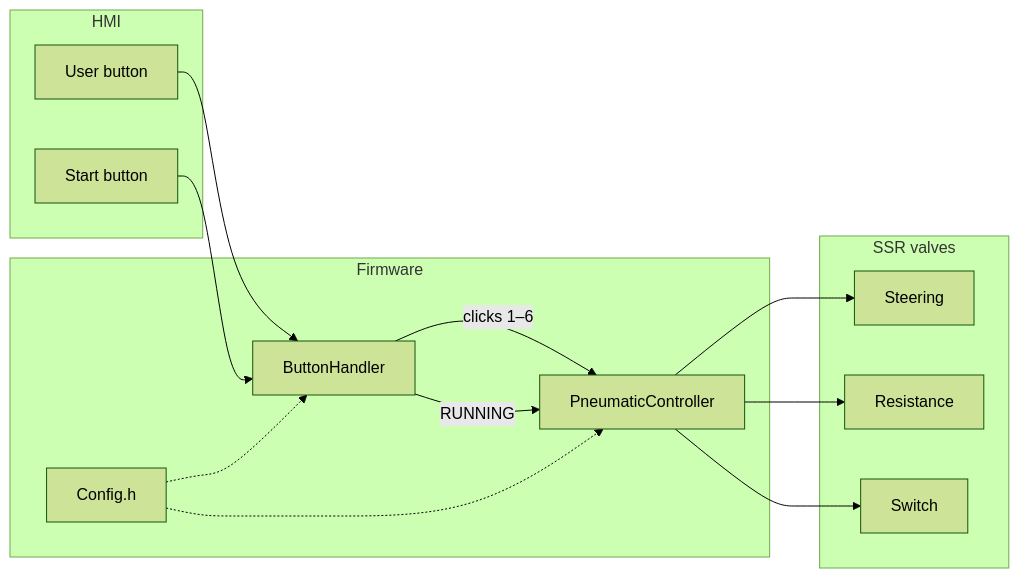
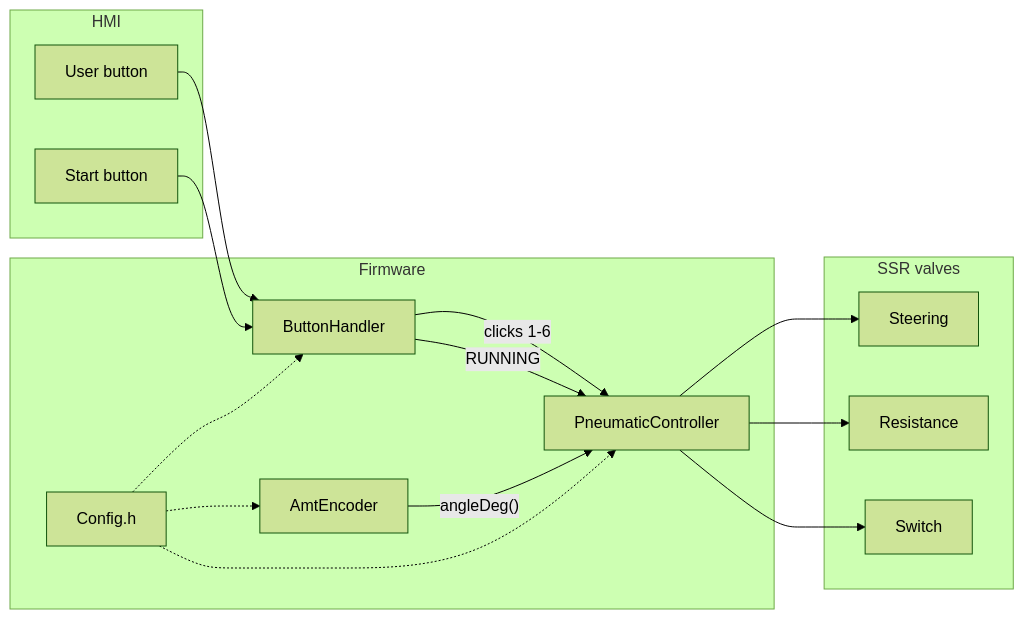
Before and after one commit to lucaterraneo/SteeringTest: the first of 3 diagrams in README.md, drawn with Mermaid (forest theme). The commit also changed other lines of this file, not shown here.

First line of the commit message:
Rewrite README to match current firmware architecture

````diff
--- a/README.md
+++ b/README.md
@@ -49,29 +45,32 @@
 ```mermaid
 flowchart LR
   subgraph HMI
     USER[User button]
     START[Start button]
   end
 
   subgraph FW["Firmware"]
     BH[ButtonHandler]
     PC[PneumaticController]
+    ENC[AmtEncoder]
     CFG[Config.h]
   end
 
   subgraph VALVE["SSR valves"]
     ST[Steering]
     RE[Resistance]
     SW[Switch]
   end
 
   USER --> BH
   START --> BH
-  BH -->|"clicks 1–6"| PC
+  BH -->|"clicks 1-6"| PC
   BH -->|"RUNNING"| PC
+  ENC -->|"angleDeg()"| PC
   CFG -.-> BH
   CFG -.-> PC
+  CFG -.-> ENC
   PC --> ST
   PC --> RE
   PC --> SW
 ```
````
